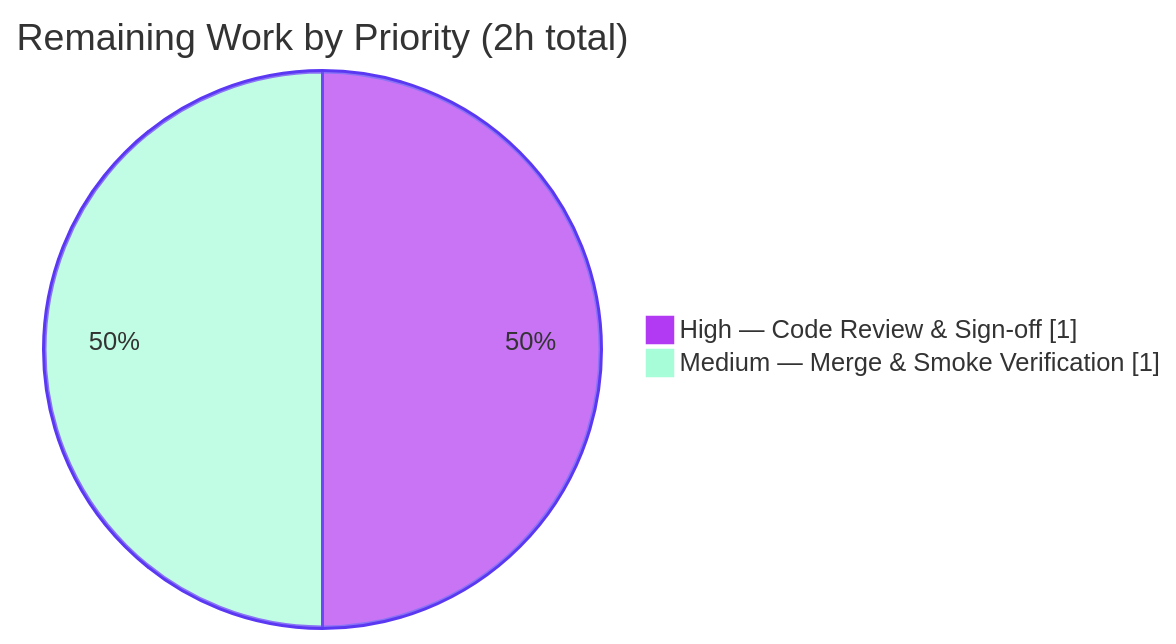
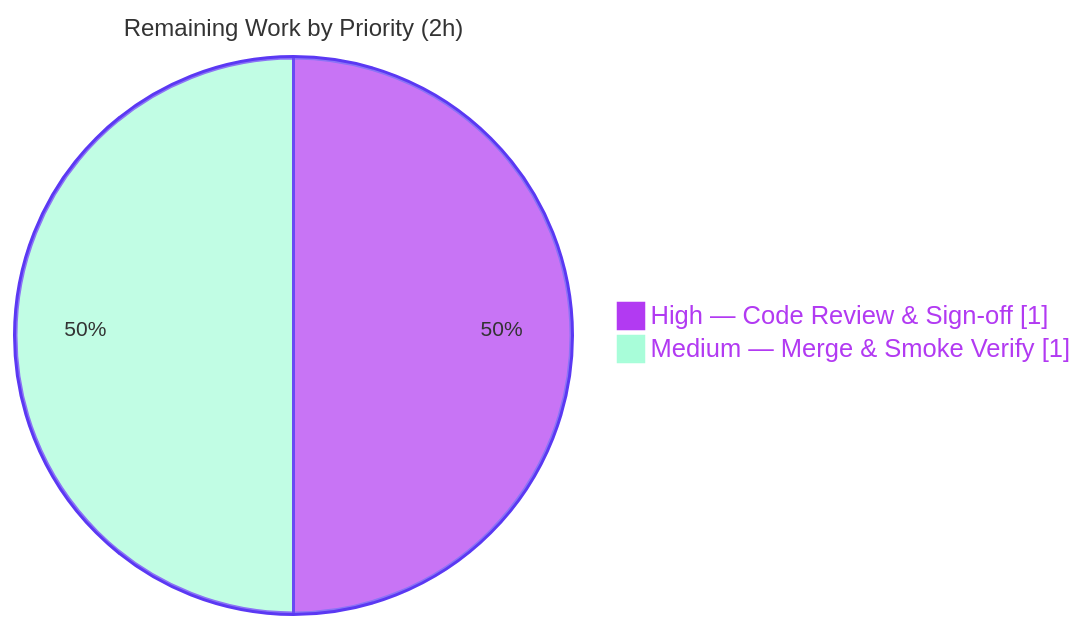
The third of 3 diagrams in blitzy/documentation/Project Guide.md (Sandeep02Kumar02/12-dec-existing-projects-qa-test-2), drawn with Mermaid before and after one commit. The commit also changed other lines of this file, not shown here.

Commit message:
Adding Blitzy Project Guide: Project Status and Human Tasks Remaining

````diff
--- a/blitzy/documentation/Project Guide.md
+++ b/blitzy/documentation/Project Guide.md
@@ -194,6 +191,6 @@
 ```mermaid
-%%{init: {'theme':'base', 'themeVariables': {'pie1':'#B23AF2','pie2':'#A8FDD9','pieStrokeColor':'#5B39F3','pieOuterStrokeColor':'#5B39F3'}}}%%
-pie showData title Remaining Work by Priority (2h total)
+%%{init: {'theme':'base', 'themeVariables': {'pie1':'#B23AF2','pie2':'#A8FDD9','pieStrokeColor':'#5B39F3','pieOuterStrokeColor':'#5B39F3','pieStrokeWidth':'2px','pieTitleTextSize':'16px','pieSectionTextSize':'14px','pieLegendTextColor':'#B23AF2'}}}%%
+pie showData title Remaining Work by Priority (2h)
     "High — Code Review & Sign-off" : 1
-    "Medium — Merge & Smoke Verification" : 1
+    "Medium — Merge & Smoke Verify" : 1
 ```
````
